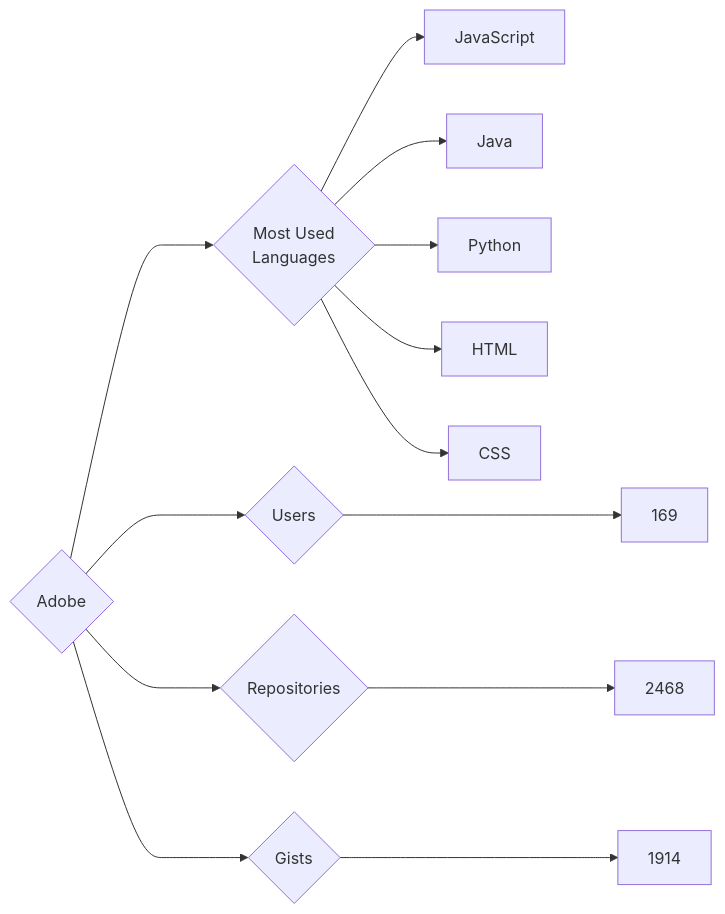
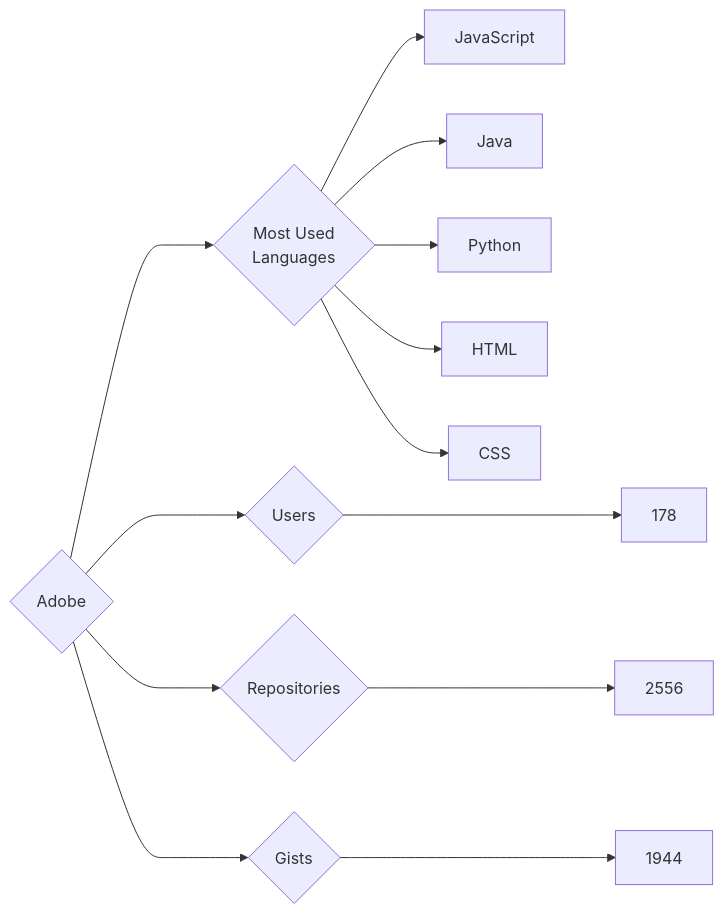
One commit to trickest/insiders changed the diagram in targets/Adobe/README.md. Above: the diagram before and after it, drawn with Mermaid. The commit also changed 636 other files, not shown here.

````diff
--- a/targets/Adobe/README.md
+++ b/targets/Adobe/README.md
@@ -3,13 +3,13 @@
 ```mermaid
 graph LR
 COMPANY_NAME{Adobe}
-COMPANY_NAME ---> U{Users} ---> UN[169]
-COMPANY_NAME ---> R{Repositories} ---> RN[2468]
-COMPANY_NAME ---> G{Gists} ---> GN[1914]
+COMPANY_NAME ---> U{Users} ---> UN[178]
+COMPANY_NAME ---> R{Repositories} ---> RN[2556]
+COMPANY_NAME ---> G{Gists} ---> GN[1944]
 COMPANY_NAME ---> ML{Most Used<br>Languages}
 ML --> JavaScript[JavaScript]
 ML --> Java[Java]
 ML --> Python[Python]
 ML --> HTML[HTML]
 ML --> CSS[CSS]
 ```
````
